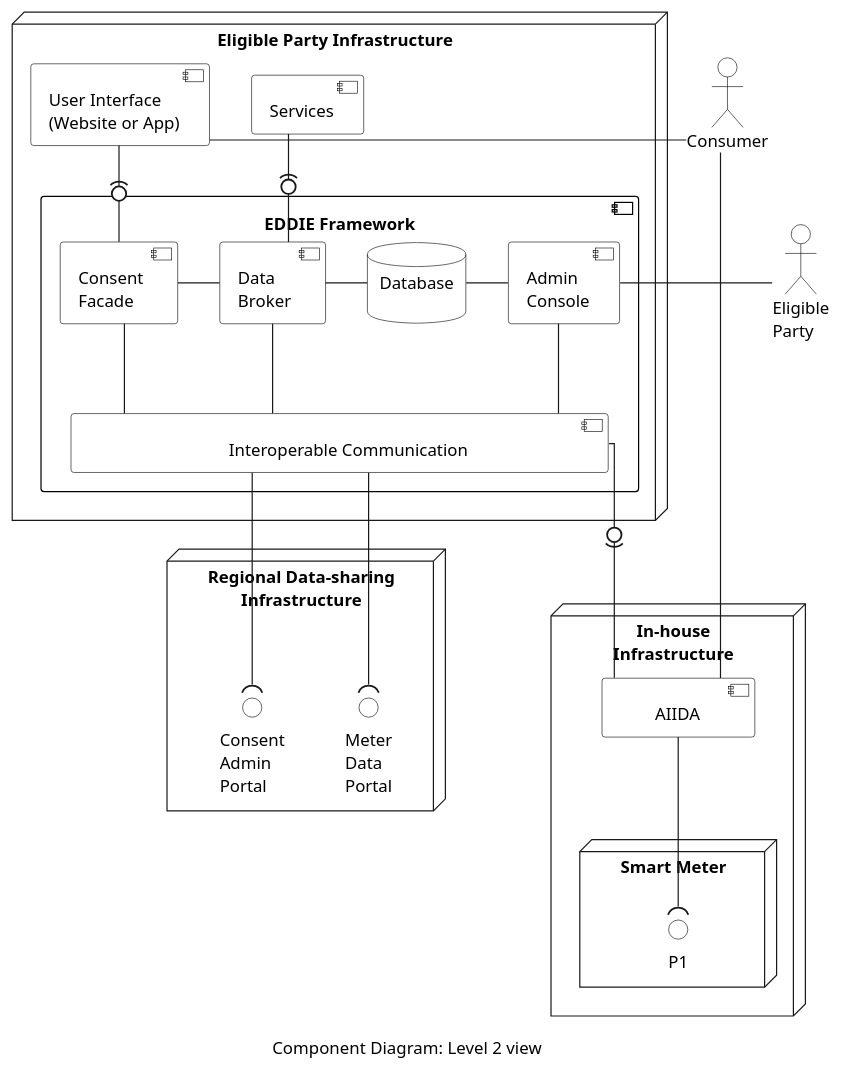
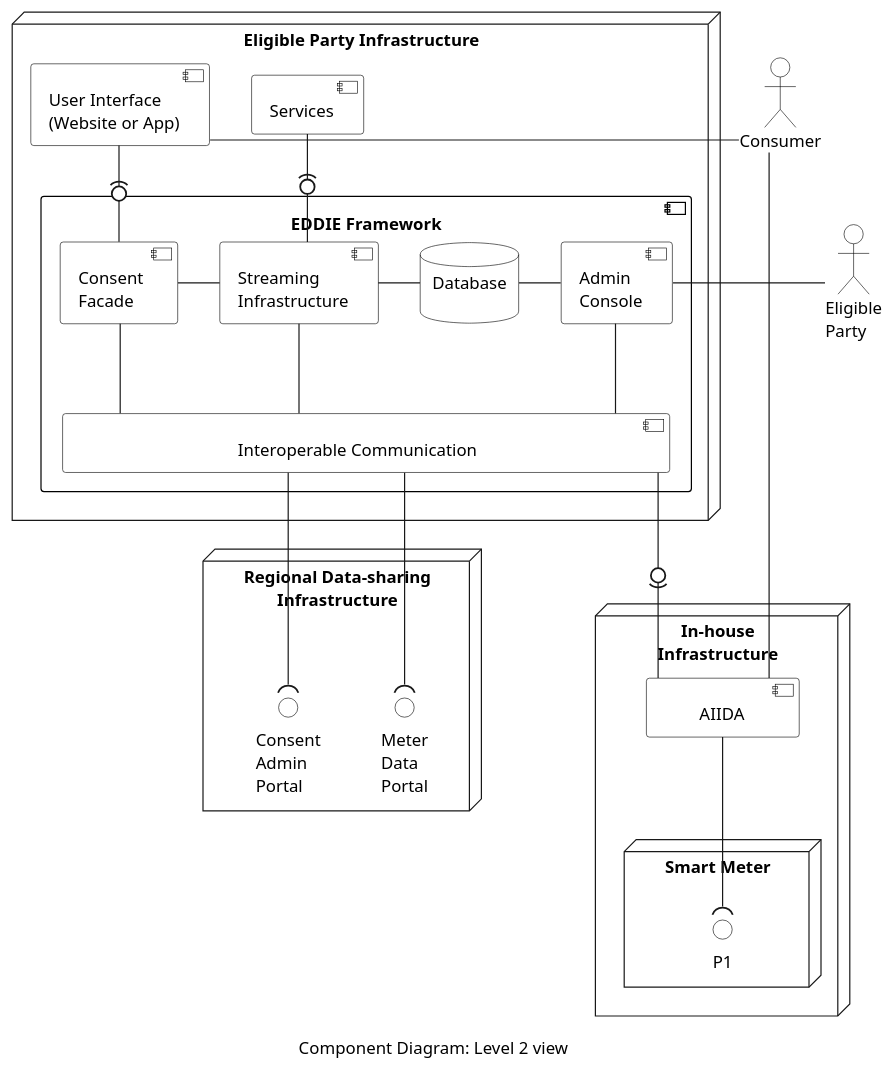
The diagram in arc42/05-building-block-view/figures/component-diagram-level-2.puml (eddie-energy/architecture), drawn with PlantUML before and after one commit. The commit also changed 14 other files, not shown here.

```diff
--- a/arc42/05-building-block-view/figures/component-diagram-level-2.puml
+++ b/arc42/05-building-block-view/figures/component-diagram-level-2.puml
@@ -1,78 +1,78 @@
 @startuml component-diagram-level-2
 'component diagram
 caption Component Diagram: Level 2 view
 
 skinparam linetype ortho
 skinparam interface {
   backgroundColor transparent
   borderColor black
 }
 skinparam component{
   BorderColor black
   BackgroundColor transparent
 }
 skinparam actor{
   BorderColor black
   BackgroundColor transparent
 }
 skinparam database{
   BorderColor black
   BackgroundColor transparent
 }
 skinparam rectangle{
   BorderColor transparent
   BackgroundColor transparent
   FontColor transparent
 }
 
 
 node "Eligible Party Infrastructure"  as epInfra{
   component "EDDIE Framework" {    
     component "Consent \nFacade" as consentFacade
-    component "Data \nBroker " as broker
+    component "Streaming\nInfrastructure" as broker
     database "Database\n" as database
     component "Admin \nConsole" as adminConsole
-    component "\t\t\t\tInteroperable Communication\t\t\t\t" as comm
+    component "\t\t\t\t    Interoperable Communication\t\t\t\t\t" as comm
   }
  
     component "User Interface \n(Website or App)" as ui
     component "Services" as services
   
 
   ui -down(0- consentFacade
   ui -[hidden]right- services
   consentFacade -right- broker
   consentFacade -down- comm
   broker -right- database
   broker -down- comm
   database -right-adminConsole
   broker -up0)- services
   adminConsole -down- comm
 
 }
 node "In-house\nInfrastructure" {
   component "\tAIIDA\t" as aiida
   node "Smart Meter" as meter {
       interface "P1" as p1
   }
   aiida -down-( p1 
 }
 
 node "Regional Data-sharing\nInfrastructure" as energyProvider {
   interface "Meter\nData\nPortal" as dataPortal
   interface "Consent\nAdmin\nPortal" as adminPortal
 }
 
 actor "Consumer" as consumer
 actor "Eligible\nParty" as admin
   admin -left- adminConsole
 
 consumer -down- aiida
 consumer - ui
 
 comm -down-( dataPortal
 comm -down-( adminPortal
 
 aiida -up(0- comm
 
 @enduml
```
